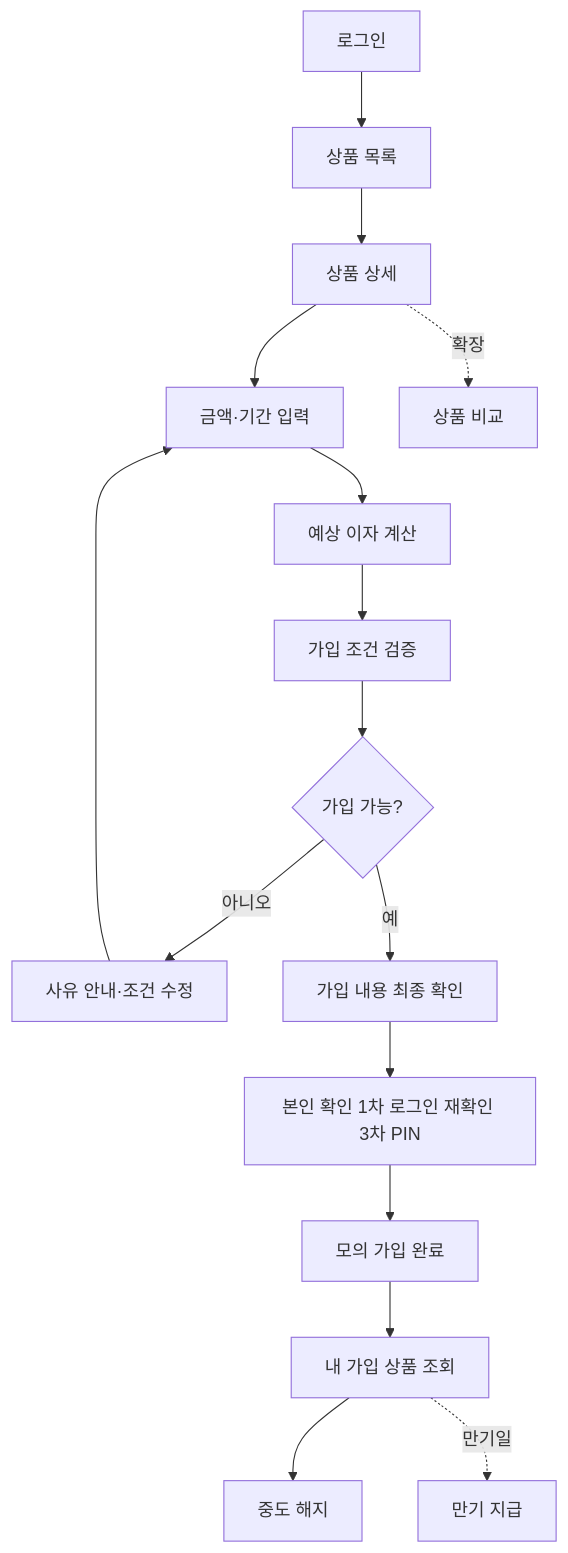
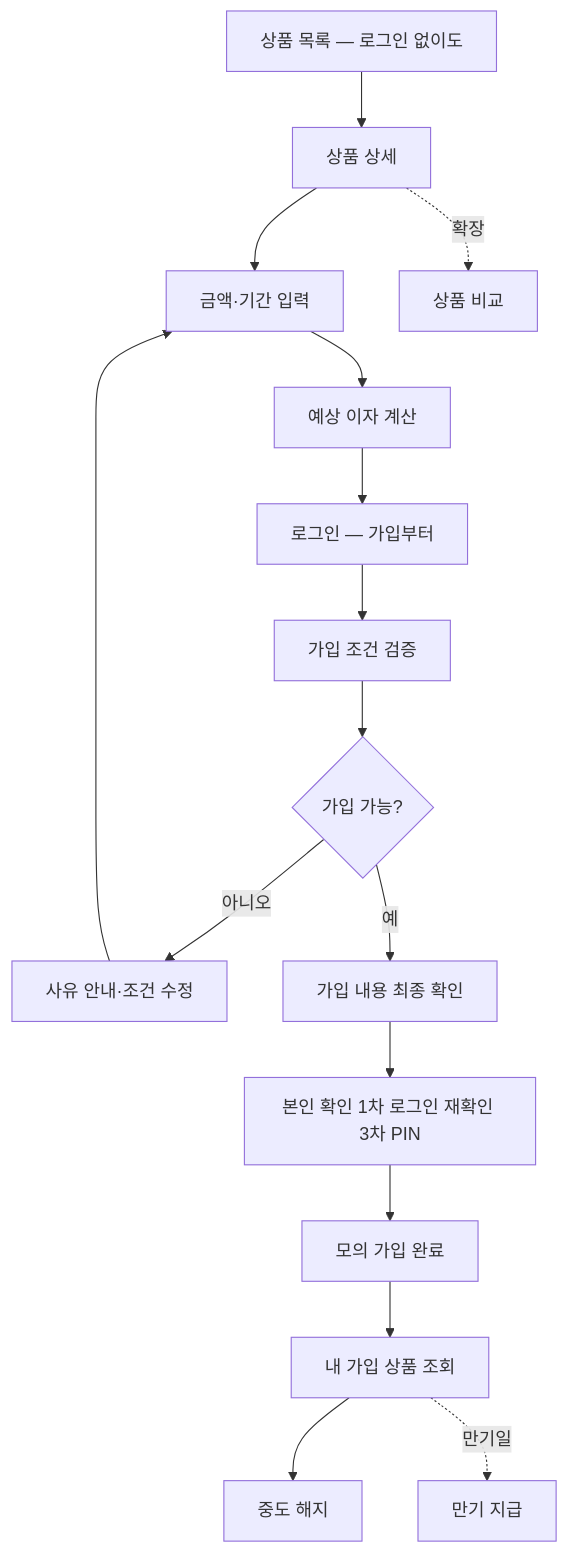
Before and after one commit to yellowgreenbean/midproject_ai_agent: the ninth of 10 diagrams in docs/기획서.md, drawn with Mermaid. The commit also changed other lines of this file and 14 other files, not shown here.

First line of the commit message:
기획서·ERD·흐름도·더미 데이터 대조 반영 (흐름도 1장으로 통합)

````diff
--- a/docs/기획서.md
+++ b/docs/기획서.md
@@ -2155,18 +2155,18 @@
 ```mermaid
 flowchart TD
-  A[로그인] --> B[상품 목록]
-  B --> C[상품 상세]
+  B[상품 목록 — 로그인 없이도] --> C[상품 상세]
   C --> D[금액·기간 입력]
   C -. 확장 .-> X[상품 비교]
   D --> E[예상 이자 계산]
-  E --> F[가입 조건 검증]
+  E --> A[로그인 — 가입부터]
+  A --> F[가입 조건 검증]
   F --> G{가입 가능?}
   G -- 아니오 --> H[사유 안내·조건 수정]
   H --> D
   G -- 예 --> I[가입 내용 최종 확인]
   I --> J[본인 확인 1차 로그인 재확인 3차 PIN]
   J --> K[모의 가입 완료]
   K --> L[내 가입 상품 조회]
   L --> T[중도 해지]
   L -. 만기일 .-> U[만기 지급]
 ```
````
